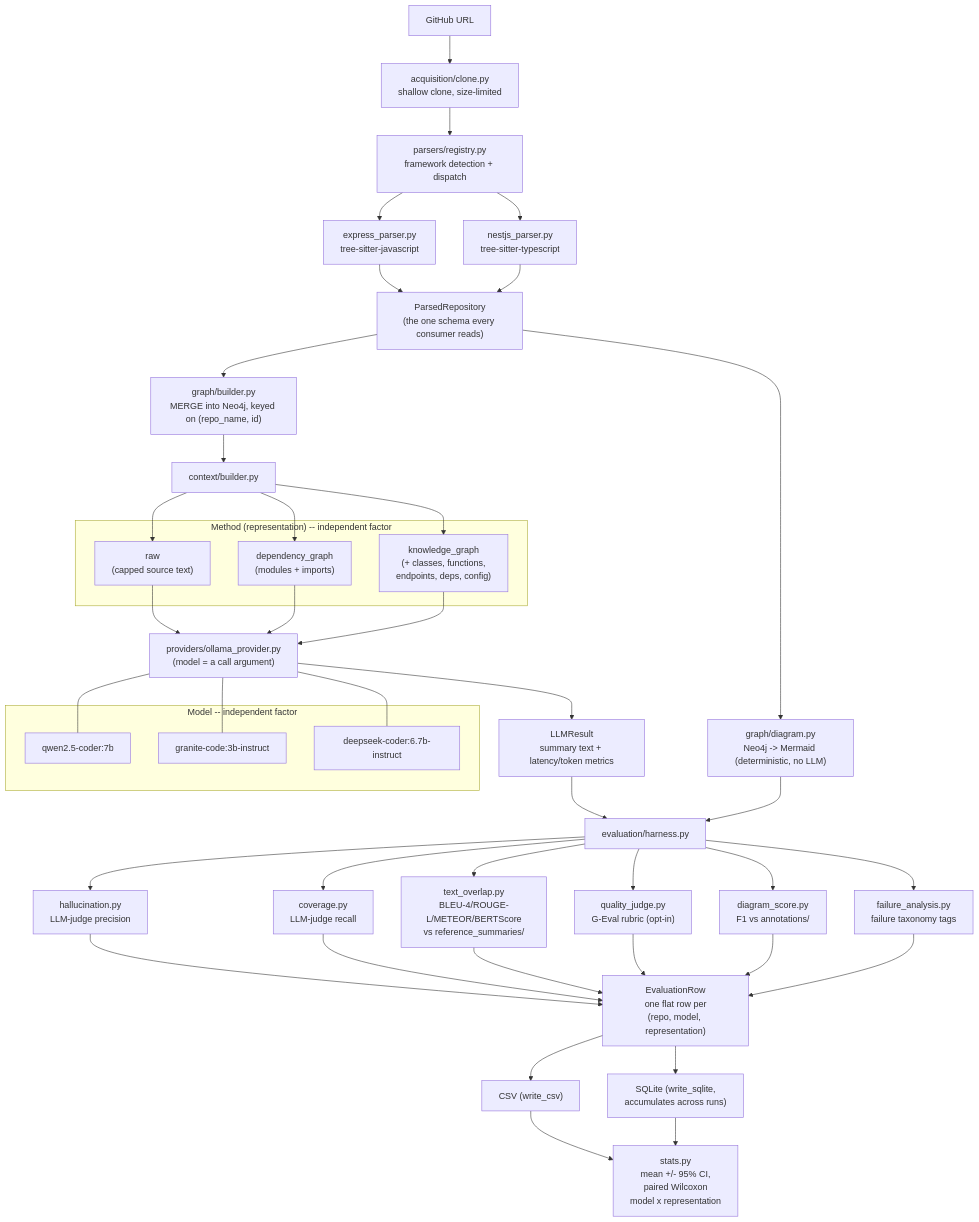
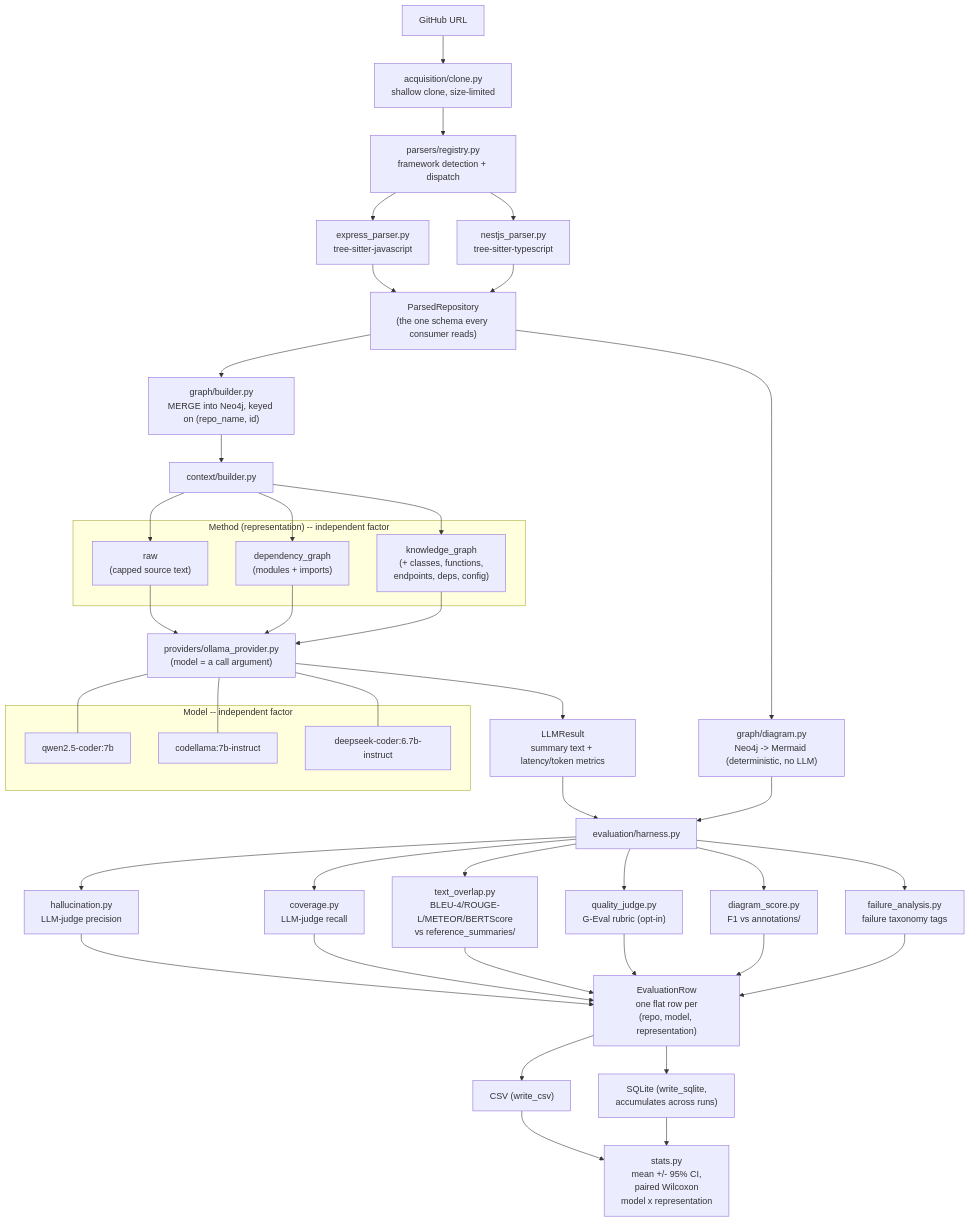
One commit to palsoniii/repo-intel-platform changed the diagram in docs/REPORT.md. Above: the diagram before and after it, drawn with Mermaid. The commit also changed other lines of this file and 4 other files, not shown here.

First line of the commit message:
Swap granite-code:3b-instruct for codellama:7b-instruct

````diff
--- a/docs/REPORT.md
+++ b/docs/REPORT.md
@@ -178,57 +178,57 @@
 ```mermaid
 flowchart TD
     A["GitHub URL"] --> B["acquisition/clone.py\nshallow clone, size-limited"]
     B --> C["parsers/registry.py\nframework detection + dispatch"]
     C --> D1["express_parser.py\ntree-sitter-javascript"]
     C --> D2["nestjs_parser.py\ntree-sitter-typescript"]
     D1 --> E["ParsedRepository\n(the one schema every consumer reads)"]
     D2 --> E
     E --> F["graph/builder.py\nMERGE into Neo4j, keyed on (repo_name, id)"]
     F --> G["context/builder.py"]
     G --> H1["raw\n(capped source text)"]
     G --> H2["dependency_graph\n(modules + imports)"]
     G --> H3["knowledge_graph\n(+ classes, functions,\nendpoints, deps, config)"]
 
     subgraph FACTOR_METHOD [" Method (representation) -- independent factor "]
         H1
         H2
         H3
     end
 
     H1 --> I["providers/ollama_provider.py\n(model = a call argument)"]
     H2 --> I
     H3 --> I
 
     subgraph FACTOR_MODEL [" Model -- independent factor "]
         M1["qwen2.5-coder:7b"]
-        M2["granite-code:3b-instruct"]
+        M2["codellama:7b-instruct"]
         M3["deepseek-coder:6.7b-instruct"]
     end
     I --- M1
     I --- M2
     I --- M3
 
     I --> J["LLMResult\nsummary text + latency/token metrics"]
     E --> K["graph/diagram.py\nNeo4j -> Mermaid (deterministic, no LLM)"]
 
     J --> L["evaluation/harness.py"]
     K --> L
     L --> N1["hallucination.py\nLLM-judge precision"]
     L --> N2["coverage.py\nLLM-judge recall"]
     L --> N3["text_overlap.py\nBLEU-4/ROUGE-L/METEOR/BERTScore\nvs reference_summaries/"]
     L --> N4["quality_judge.py\nG-Eval rubric (opt-in)"]
     L --> N5["diagram_score.py\nF1 vs annotations/"]
     L --> N6["failure_analysis.py\nfailure taxonomy tags"]
 
     N1 --> O["EvaluationRow\none flat row per\n(repo, model, representation)"]
     N2 --> O
     N3 --> O
     N4 --> O
     N5 --> O
     N6 --> O
 
     O --> P1["CSV (write_csv)"]
     O --> P2["SQLite (write_sqlite,\naccumulates across runs)"]
     P1 --> Q["stats.py\nmean +/- 95% CI,\npaired Wilcoxon\nmodel x representation"]
     P2 --> Q
 ```
````
